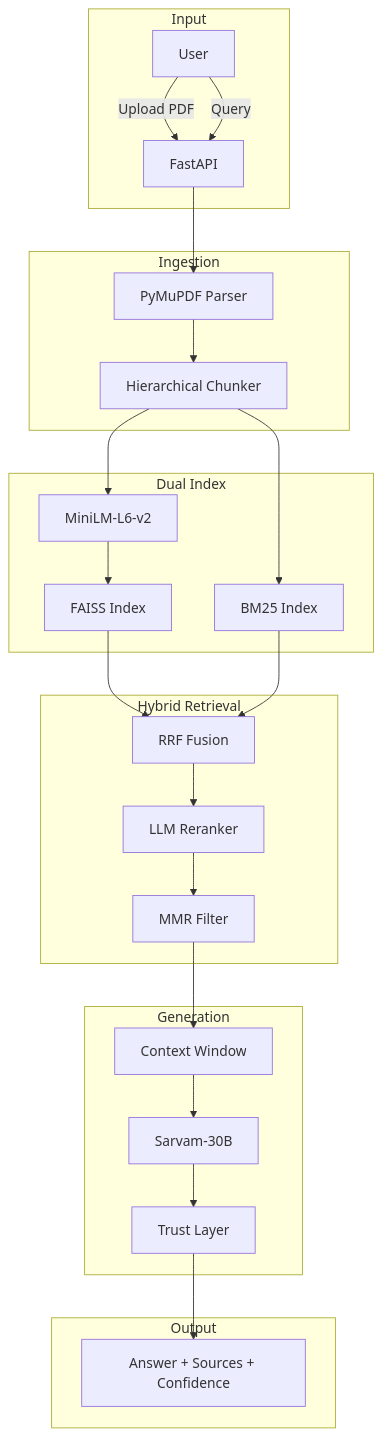
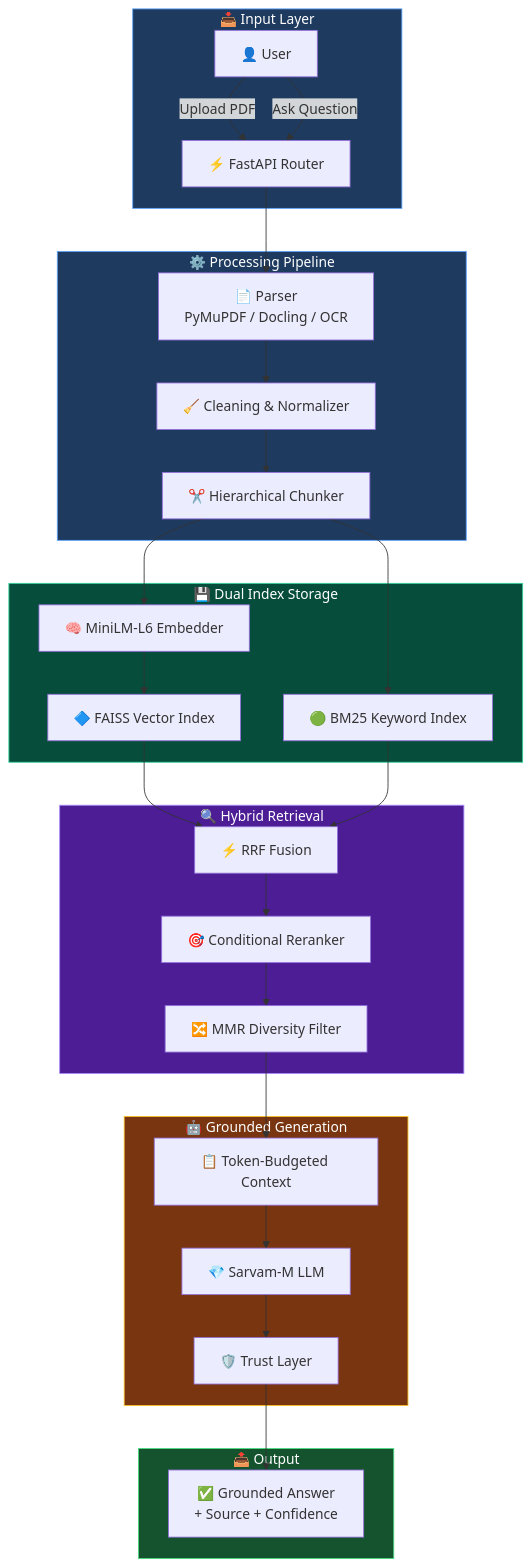
One commit to Nishant-aiml/iveri-llm-advanced-rag-learning-system changed the first of 2 diagrams in README.md. Above: the diagram before and after it, drawn with Mermaid. The commit also changed other lines of this file, not shown here.

````diff
--- a/README.md
+++ b/README.md
@@ -51,30 +102,43 @@
 ```mermaid
 flowchart TD
-    subgraph INPUT["Input"]
-        U[User] -->|Upload PDF| API[FastAPI]
-        U -->|Query| API
+    subgraph INPUT["📥 Input Layer"]
+        U[👤 User] -->|Upload PDF| API[⚡ FastAPI Router]
+        U -->|Ask Question| API
     end
-    subgraph INGESTION["Ingestion"]
-        API --> Parser["PyMuPDF Parser"]
-        Parser --> Chunker["Hierarchical Chunker"]
+
+    subgraph PROCESSING["⚙️ Processing Pipeline"]
+        API --> Parser["📄 Parser<br/>PyMuPDF / Docling / OCR"]
+        Parser --> Normalizer["🧹 Cleaning & Normalizer"]
+        Normalizer --> Chunker["✂️ Hierarchical Chunker"]
     end
-    subgraph INDEXING["Dual Index"]
-        Chunker --> Embedder["MiniLM-L6-v2"]
-        Embedder --> FAISS["FAISS Index"]
-        Chunker --> BM25["BM25 Index"]
+
+    subgraph INDEXING["💾 Dual Index Storage"]
+        Chunker --> Embedder["🧠 MiniLM-L6 Embedder"]
+        Embedder --> FAISS["🔷 FAISS Vector Index"]
+        Chunker --> BM25["🟢 BM25 Keyword Index"]
     end
-    subgraph RETRIEVAL["Hybrid Retrieval"]
-        FAISS --> RRF["RRF Fusion"]
+
+    subgraph RETRIEVAL["🔍 Hybrid Retrieval"]
+        FAISS --> RRF["⚡ RRF Fusion"]
         BM25 --> RRF
-        RRF --> Reranker["LLM Reranker"]
-        Reranker --> MMR["MMR Filter"]
+        RRF --> Reranker["🎯 Conditional Reranker"]
+        Reranker --> MMR["🔀 MMR Diversity Filter"]
     end
-    subgraph GENERATION["Generation"]
-        MMR --> Context["Context Window"]
-        Context --> LLM["Sarvam-30B"]
-        LLM --> Trust["Trust Layer"]
+
+    subgraph GENERATION["🤖 Grounded Generation"]
+        MMR --> Context["📋 Token-Budgeted Context"]
+        Context --> LLM["💎 Sarvam-M LLM"]
+        LLM --> Trust["🛡️ Trust Layer"]
     end
-    subgraph OUTPUT["Output"]
-        Trust --> Response["Answer + Sources + Confidence"]
+
+    subgraph OUTPUT["📤 Output"]
+        Trust --> Response["✅ Grounded Answer<br/>+ Source + Confidence"]
     end
+
+    style INPUT fill:#1e3a5f,stroke:#60a5fa,color:#fff
+    style PROCESSING fill:#1e3a5f,stroke:#60a5fa,color:#fff
+    style INDEXING fill:#064e3b,stroke:#34d399,color:#fff
+    style RETRIEVAL fill:#4c1d95,stroke:#a78bfa,color:#fff
+    style GENERATION fill:#78350f,stroke:#fbbf24,color:#fff
+    style OUTPUT fill:#14532d,stroke:#4ade80,color:#fff
 ```
````
